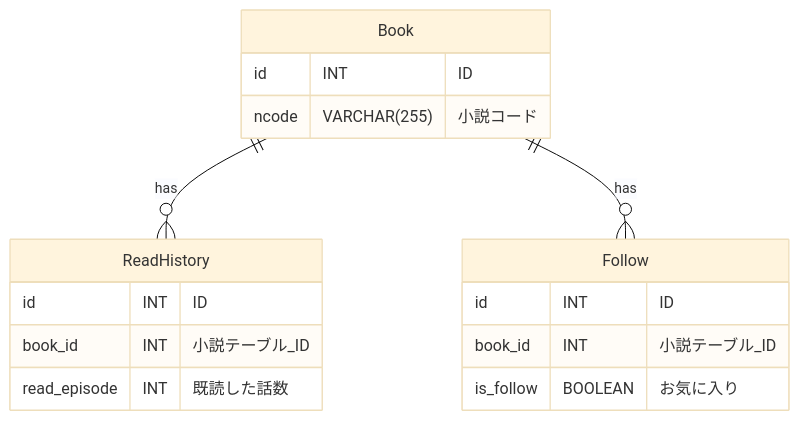
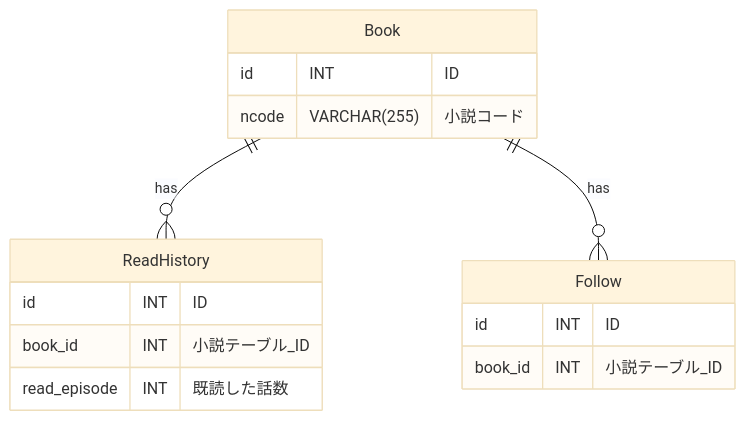
The diagram in docs/erd.md (watame/mobile_web_novel_reader), drawn with Mermaid (base theme) before and after one commit. The commit also changed other lines of this file, not shown here.

Commit message:
is_followを削除

````diff
--- a/docs/erd.md
+++ b/docs/erd.md
@@ -11,19 +11,18 @@
 ```mermaid
 erDiagram
     Book {
         id INT "ID"
         ncode VARCHAR(255) "小説コード"
     }
     ReadHistory {
         id INT "ID"
         book_id INT "小説テーブル_ID"
         read_episode INT "既読した話数"
     }
     Follow {
         id INT "ID"
         book_id INT "小説テーブル_ID"
-        is_follow BOOLEAN "お気に入り"
     }
     Book ||--o{ ReadHistory : "has"
     Book ||--o{ Follow : "has"
 ```
````
